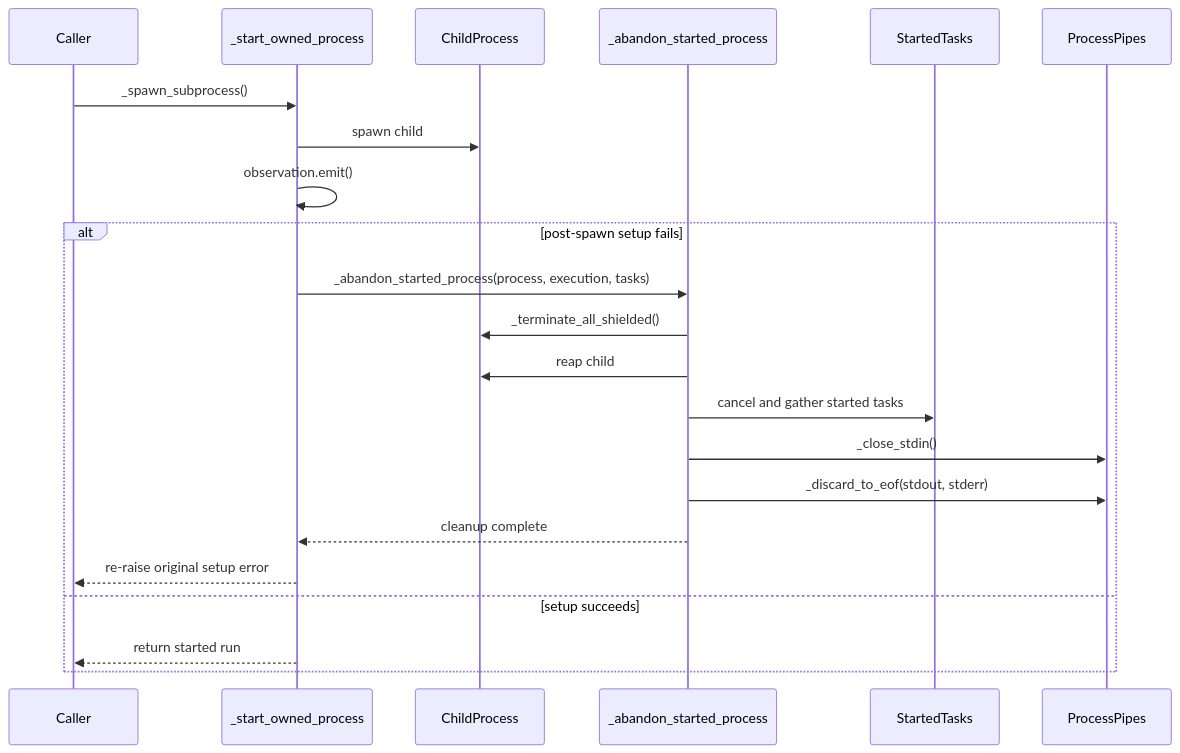
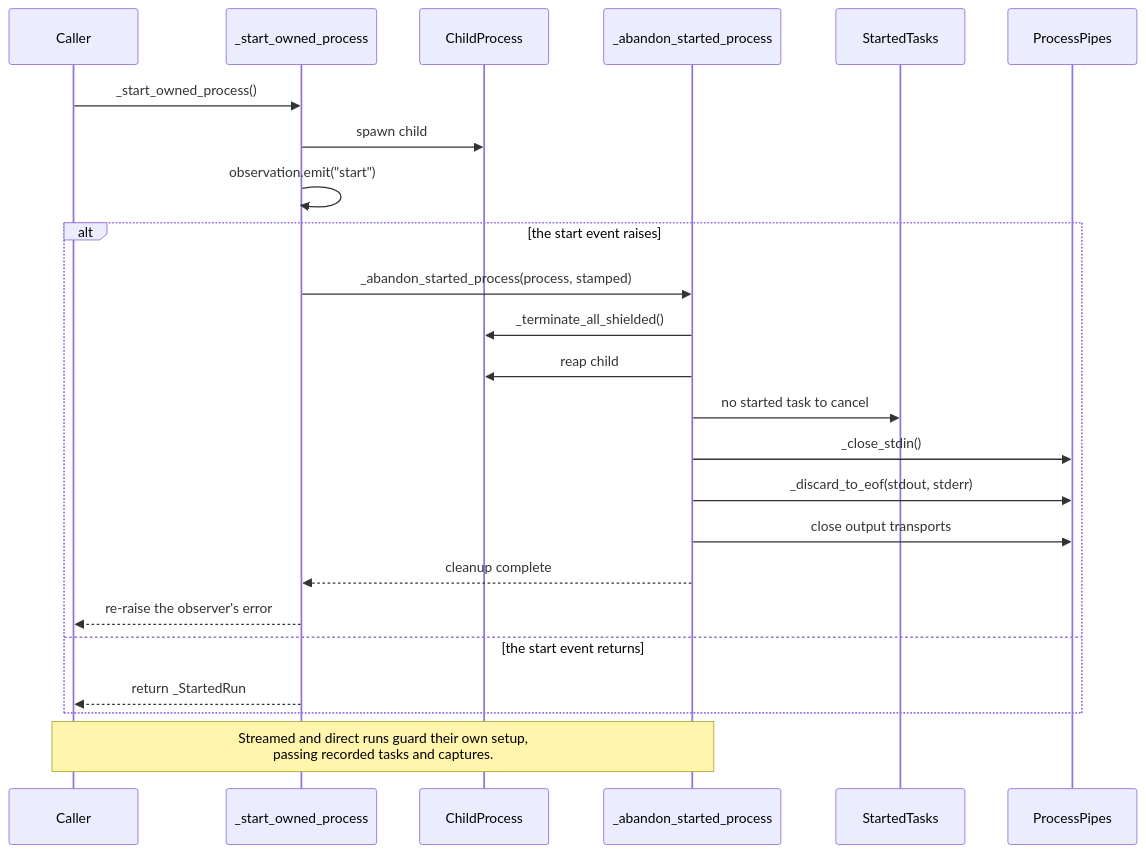
One commit to leynos/cuprum changed the ninth of 26 diagrams in docs/cuprum-design.md. Above: the diagram before and after it, drawn with Mermaid. The commit also changed other lines of this file, not shown here.

Commit message:
Correct the startup abandonment figure
Figure 9 attributed every post-spawn setup failure to
`_start_owned_process` and showed it passing a recorded task list to
`_abandon_started_process`. It guards only the `start` event emission and
the construction of the started run, both of which happen before any
consumer or writer exists, so it passes the process and the stamped bundle
alone. The streamed run and the direct run are the setup guards that pass
the tasks and captures they had recorded.

Rewrite the screen-reader paragraph and the diagram to say that, and add
the output-transport close to the sequence it depicts.

````diff
--- a/docs/cuprum-design.md
+++ b/docs/cuprum-design.md
@@ -2328,25 +2333,27 @@
 ```mermaid
 sequenceDiagram
     participant Caller
     participant Spawn as _start_owned_process
     participant Process as ChildProcess
     participant Abandon as _abandon_started_process
     participant Tasks as StartedTasks
     participant Pipes as ProcessPipes
 
-    Caller->>Spawn: _spawn_subprocess()
+    Caller->>Spawn: _start_owned_process()
     Spawn->>Process: spawn child
-    Spawn->>Spawn: observation.emit()
-    alt post-spawn setup fails
-        Spawn->>Abandon: _abandon_started_process(process, execution, tasks)
+    Spawn->>Spawn: observation.emit("start")
+    alt the start event raises
+        Spawn->>Abandon: _abandon_started_process(process, stamped)
         Abandon->>Process: _terminate_all_shielded()
         Abandon->>Process: reap child
-        Abandon->>Tasks: cancel and gather started tasks
+        Abandon->>Tasks: no started task to cancel
         Abandon->>Pipes: _close_stdin()
         Abandon->>Pipes: _discard_to_eof(stdout, stderr)
+        Abandon->>Pipes: close output transports
         Abandon-->>Spawn: cleanup complete
-        Spawn-->>Caller: re-raise original setup error
-    else setup succeeds
-        Spawn-->>Caller: return started run
+        Spawn-->>Caller: re-raise the observer's error
+    else the start event returns
+        Spawn-->>Caller: return _StartedRun
     end
+    Note over Caller,Abandon: Streamed and direct runs guard their own setup,<br/>passing recorded tasks and captures.
 ```
````
